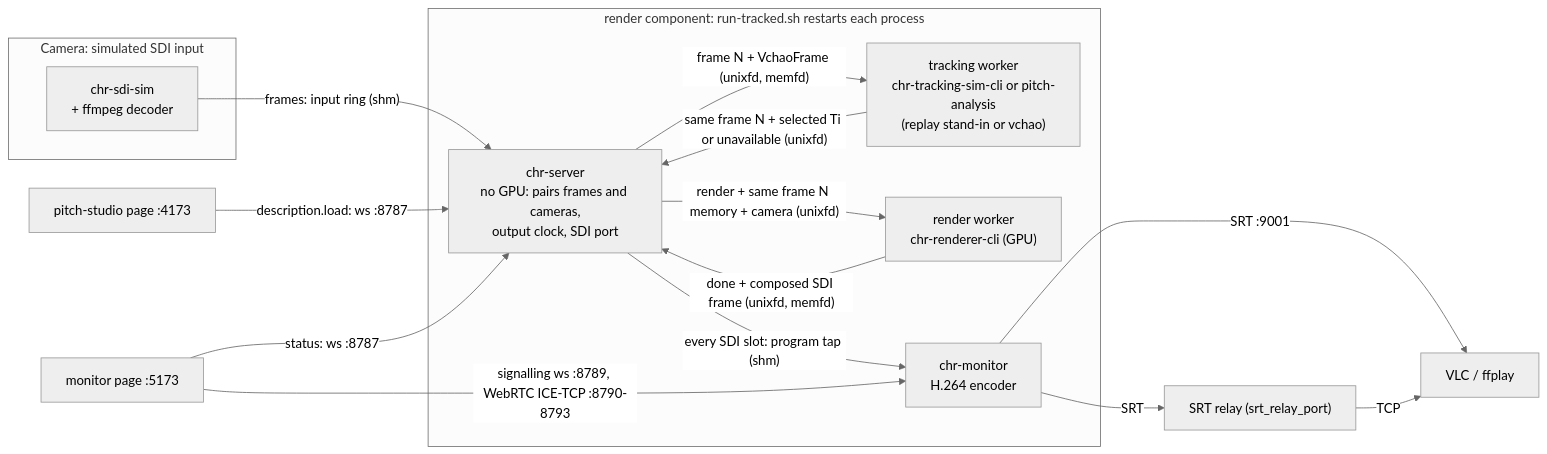
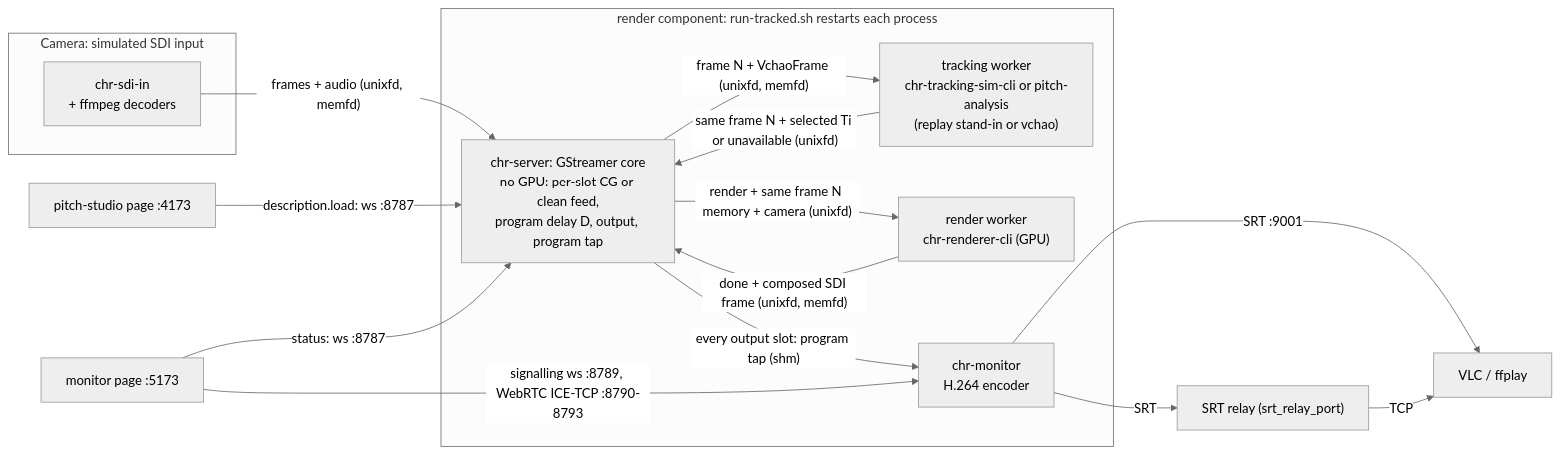
The diagram in README.md (xiaoyxue/chr), drawn with Mermaid (neutral theme) before and after one commit. The commit also changed other lines of this file and 11 other files, not shown here.

First line of the commit message:
docs: the GStreamer core is the live path of tracked programs (#154 phase 5)

````diff
--- a/README.md
+++ b/README.md
@@ -26,29 +26,29 @@
 ```mermaid
 flowchart LR
   subgraph camera["Camera: simulated SDI input"]
-    sim["chr-sdi-sim<br/>+ ffmpeg decoder"]
+    sim["chr-sdi-in<br/>+ ffmpeg decoders"]
   end
   subgraph render["render component: run-tracked.sh restarts each process"]
-    server["chr-server<br/>no GPU: pairs frames and cameras,<br/>output clock, SDI port"]
+    server["chr-server: GStreamer core<br/>no GPU: per-slot CG or clean feed,<br/>program delay D, output, program tap"]
     tracker["tracking worker<br/>chr-tracking-sim-cli or pitch-analysis<br/>(replay stand-in or vchao)"]
     renderer["render worker<br/>chr-renderer-cli (GPU)"]
     monitor["chr-monitor<br/>H.264 encoder"]
   end
   studio["pitch-studio page :4173"]
   page["monitor page :5173"]
   relay["SRT relay (srt_relay_port)"]
   player["VLC / ffplay"]
 
-  sim -- "frames: input ring (shm)" --> server
+  sim -- "frames + audio (unixfd, memfd)" --> server
   server -- "frame N + VchaoFrame (unixfd, memfd)" --> tracker
   tracker -- "same frame N + selected Ti or unavailable (unixfd)" --> server
   server -- "render + same frame N memory + camera (unixfd)" --> renderer
   renderer -- "done + composed SDI frame (unixfd, memfd)" --> server
-  server -- "every SDI slot: program tap (shm)" --> monitor
+  server -- "every output slot: program tap (shm)" --> monitor
   studio -- "description.load: ws :8787" --> server
   page -- "status: ws :8787" --> server
   page -- "signalling ws :8789, WebRTC ICE-TCP :8790-8793" --> monitor
   monitor -- "SRT :9001" --> player
   monitor -- "SRT" --> relay
   relay -- "TCP" --> player
 ```
````
